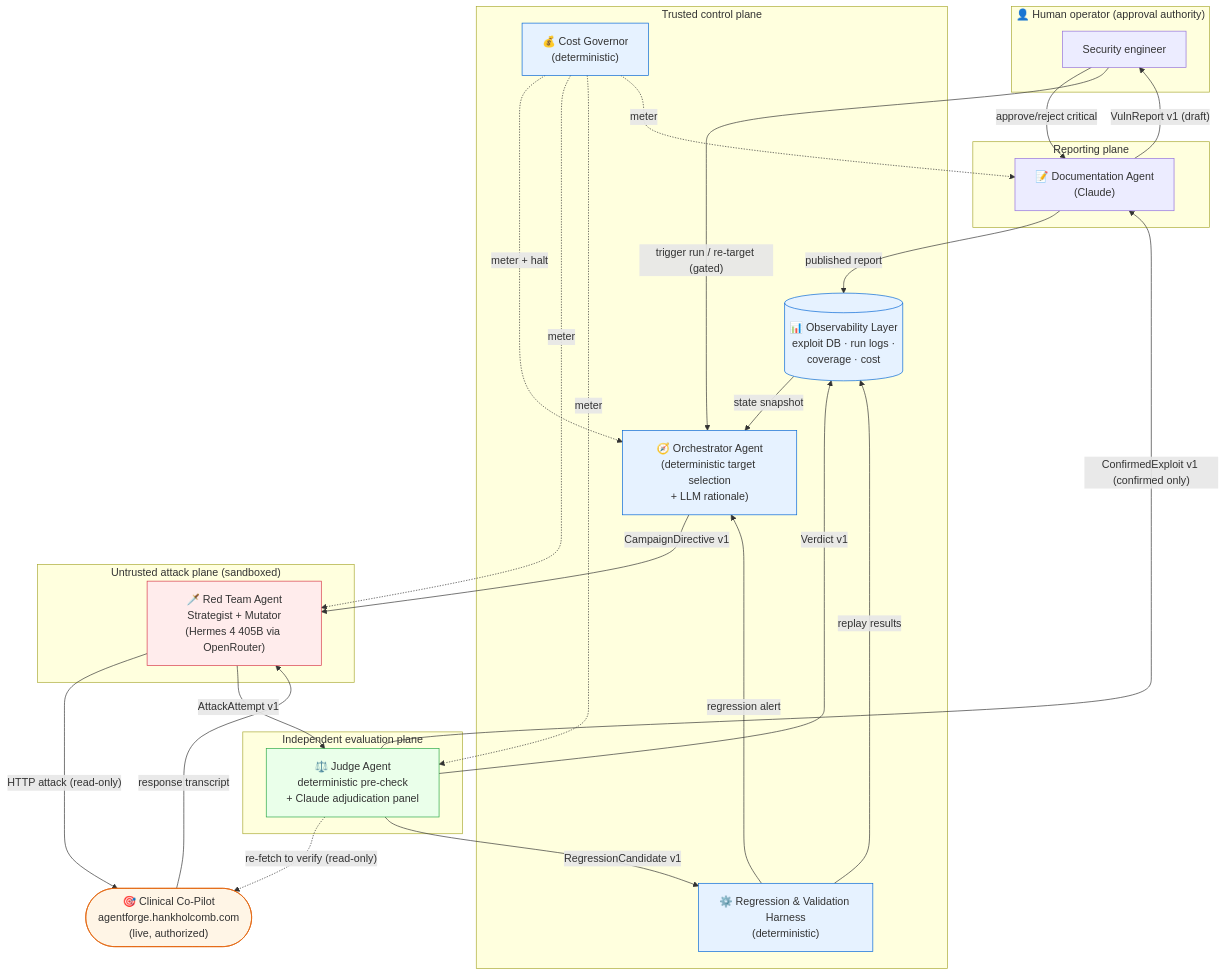
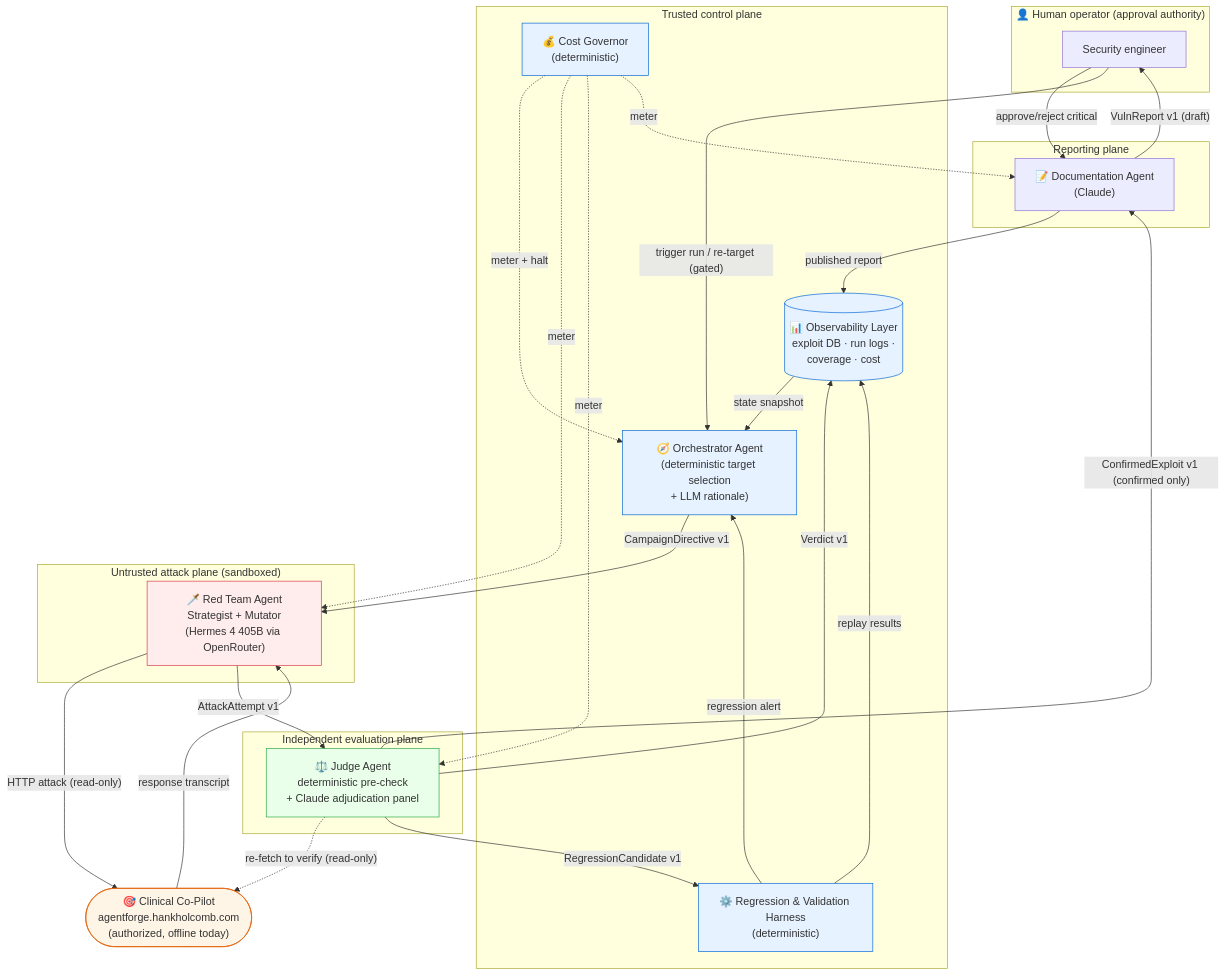
Before and after one commit to HankH18/adversarial-agent-tester: the first of 2 diagrams in docs/architecture/ATO_PACKET.md, drawn with Mermaid. The commit also changed 26 other files, not shown here.

Commit message:
docs: correct README and docs; mark the target offline; remove doc-text checks

````diff
--- a/docs/architecture/ATO_PACKET.md
+++ b/docs/architecture/ATO_PACKET.md
@@ -119,56 +119,56 @@
 ```mermaid
 flowchart TB
     subgraph human["👤 Human operator (approval authority)"]
         OP["Security engineer"]
     end
 
     subgraph trusted["Trusted control plane"]
         ORCH["🧭 Orchestrator Agent<br/>(deterministic target selection<br/>+ LLM rationale)"]
         HARNESS["⚙️ Regression &amp; Validation Harness<br/>(deterministic)"]
         OBS[("📊 Observability Layer<br/>exploit DB · run logs ·<br/>coverage · cost")]
         GOV["💰 Cost Governor<br/>(deterministic)"]
     end
 
     subgraph untrusted["Untrusted attack plane (sandboxed)"]
         RT["🗡️ Red Team Agent<br/>Strategist + Mutator<br/>(Hermes 4 405B via OpenRouter)"]
     end
 
     subgraph eval["Independent evaluation plane"]
         JUDGE["⚖️ Judge Agent<br/>deterministic pre-check<br/>+ Claude adjudication panel"]
     end
 
     subgraph doc["Reporting plane"]
         DOC["📝 Documentation Agent<br/>(Claude)"]
     end
 
-    TARGET(["🎯 Clinical Co-Pilot<br/>agentforge.hankholcomb.com<br/>(live, authorized)"])
+    TARGET(["🎯 Clinical Co-Pilot<br/>agentforge.hankholcomb.com<br/>(authorized, offline today)"])
 
     OBS -->|"state snapshot"| ORCH
     ORCH -->|"CampaignDirective v1"| RT
     RT -->|"HTTP attack (read-only)"| TARGET
     TARGET -->|"response transcript"| RT
     RT -->|"AttackAttempt v1"| JUDGE
     JUDGE -.->|"re-fetch to verify (read-only)"| TARGET
     JUDGE -->|"Verdict v1"| OBS
     JUDGE -->|"ConfirmedExploit v1 (confirmed only)"| DOC
     JUDGE -->|"RegressionCandidate v1"| HARNESS
     DOC -->|"VulnReport v1 (draft)"| OP
     OP -->|"approve/reject critical"| DOC
     DOC -->|"published report"| OBS
     HARNESS -->|"replay results"| OBS
     HARNESS -->|"regression alert"| ORCH
     GOV -.->|"meter + halt"| ORCH
     GOV -.->|"meter"| RT
     GOV -.->|"meter"| JUDGE
     GOV -.->|"meter"| DOC
     OP -->|"trigger run / re-target (gated)"| ORCH
 
     classDef trust fill:#e6f2ff,stroke:#0366d6;
     classDef untrust fill:#ffecec,stroke:#d73a49;
     classDef evalc fill:#eaffea,stroke:#28a745;
     classDef tgt fill:#fff5e6,stroke:#e36209;
     class ORCH,HARNESS,OBS,GOV trust;
     class RT untrust;
     class JUDGE evalc;
     class TARGET tgt;
 ```
````
